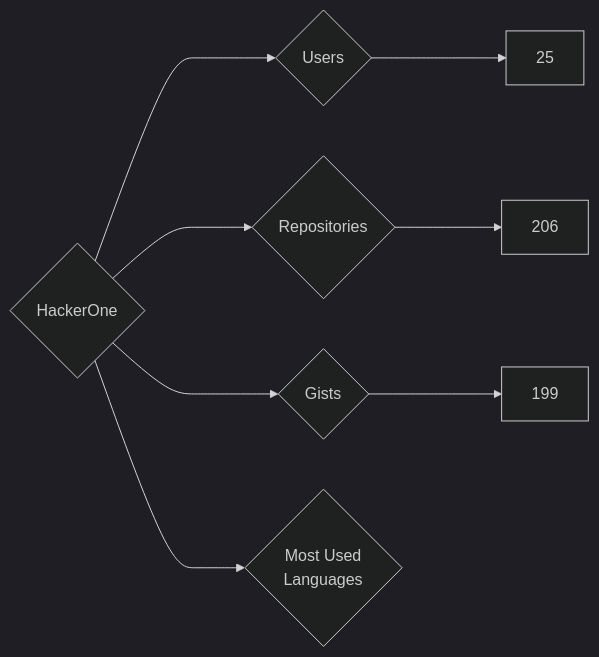
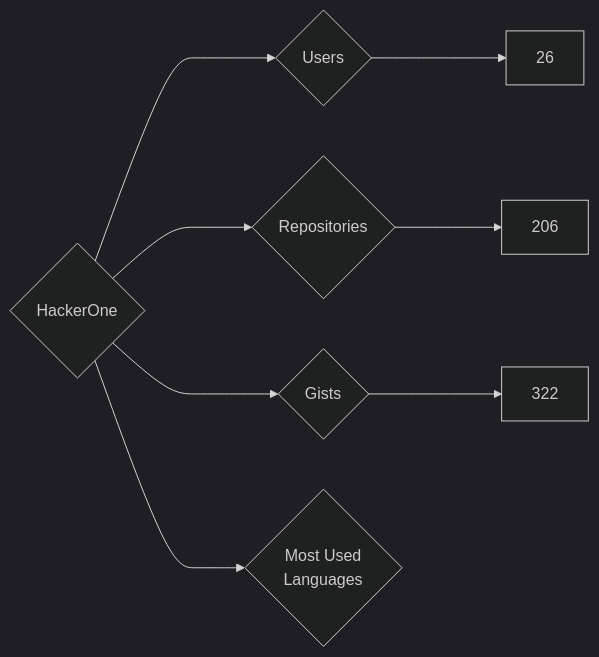
The diagram in targets/HackerOne/README.md (nenadzaric/insiders), drawn with Mermaid (dark theme) before and after one commit. The commit also changed 1342 other files, not shown here.

````diff
--- a/targets/HackerOne/README.md
+++ b/targets/HackerOne/README.md
@@ -3,8 +3,8 @@
 ```mermaid
 graph LR
 COMPANY_NAME{HackerOne}
-COMPANY_NAME ---> U{Users} ---> UN[25]
+COMPANY_NAME ---> U{Users} ---> UN[26]
 COMPANY_NAME ---> R{Repositories} ---> RN[206]
-COMPANY_NAME ---> G{Gists} ---> GN[199]
+COMPANY_NAME ---> G{Gists} ---> GN[322]
 COMPANY_NAME ---> ML{Most Used<br>Languages}
 ```
````
